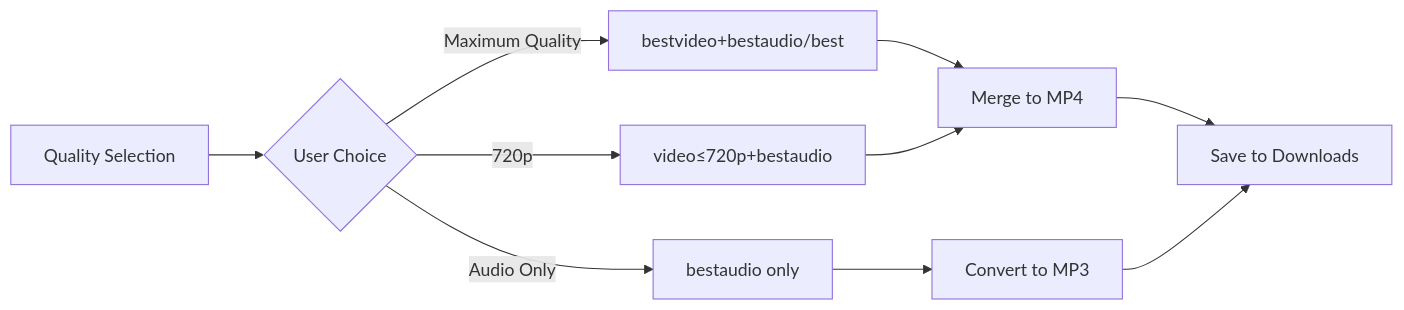
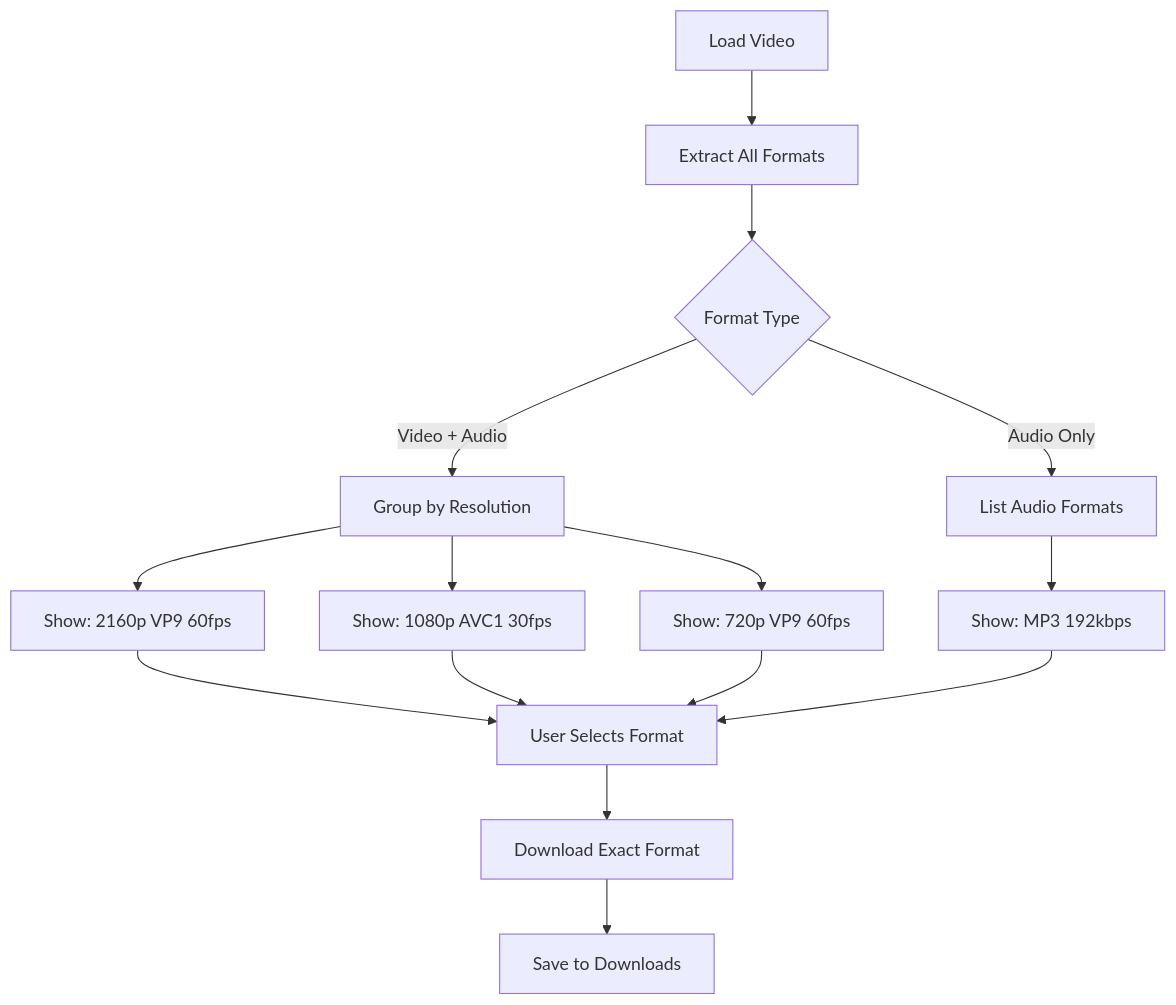
The fourth of 5 diagrams in README.md (ZabaHD4K/DescargadorYT), drawn with Mermaid before and after one commit. The commit also changed other lines of this file and 14 other files, not shown here.

````diff
--- a/README.md
+++ b/README.md
@@ -135,14 +153,22 @@
 ```mermaid
-flowchart LR
-    A[Quality Selection] --> B{User Choice}
-    B -->|Maximum Quality| C[bestvideo+bestaudio/best]
-    B -->|720p| D[video≤720p+bestaudio]
-    B -->|Audio Only| E[bestaudio only]
+flowchart TD
+    A[Load Video] --> B[Extract All Formats]
+    B --> C{Format Type}
     
-    C --> F[Merge to MP4]
-    D --> F
-    E --> G[Convert to MP3]
+    C -->|Video + Audio| D[Group by Resolution]
+    C -->|Audio Only| E[List Audio Formats]
     
-    F --> H[Save to Downloads]
-    G --> H
+    D --> F[Show: 2160p VP9 60fps]
+    D --> G[Show: 1080p AVC1 30fps]
+    D --> H[Show: 720p VP9 60fps]
+    
+    E --> I[Show: MP3 192kbps]
+    
+    F --> J[User Selects Format]
+    G --> J
+    H --> J
+    I --> J
+    
+    J --> K[Download Exact Format]
+    K --> L[Save to Downloads]
 ```
````
